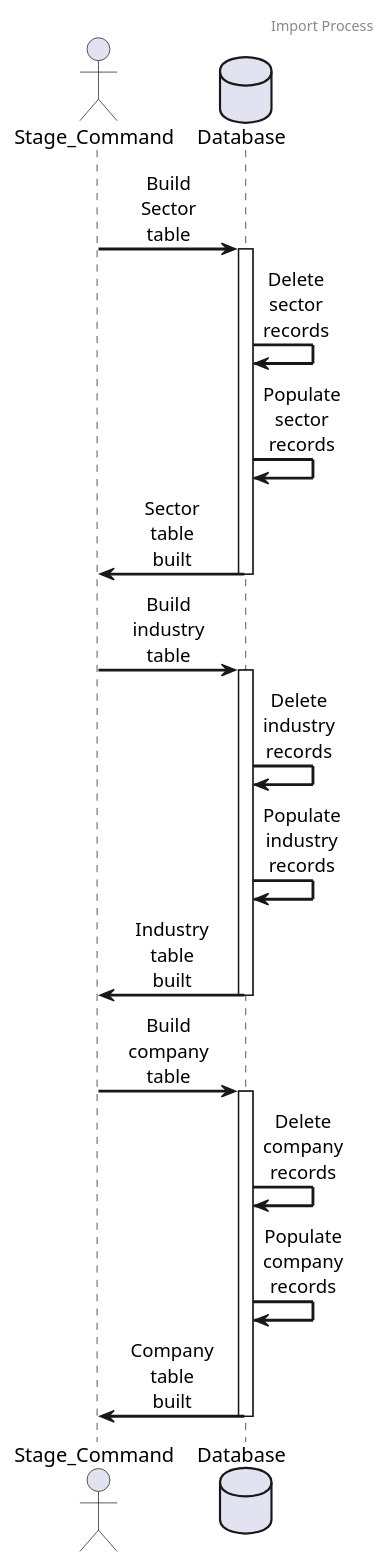
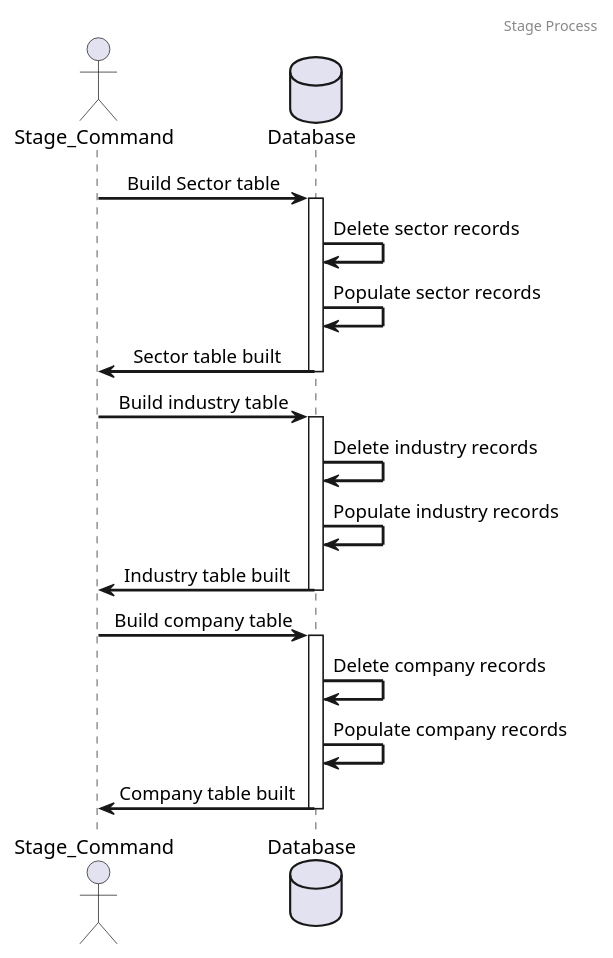
The diagram in docs/stage-process.puml (dooley-ch/stocks), drawn with PlantUML before and after one commit. The commit also changed 5 other files, not shown here.

Commit message:
Added publishing process diagram

```diff
--- a/docs/stage-process.puml
+++ b/docs/stage-process.puml
@@ -1,32 +1,32 @@
 @startuml
-header Import Process
+header Stage Process
 skinparam sequenceMessageAlign center
 skinparam sequenceArrowThickness 2
 skinparam roundcorner 20
-skinparam maxmessagesize 60
+skinparam maxmessagesize 400
 
 actor Stage_Command as cmd
 database Database as db
 
 cmd -> db: Build Sector table
 activate db
 db -> db: Delete sector records
 db -> db: Populate sector records
 cmd <- db: Sector table built
 deactivate db
 
 cmd -> db: Build industry table
 activate db
 db -> db: Delete industry records
 db -> db: Populate industry records
 cmd <- db: Industry table built
 deactivate db
 
 cmd -> db: Build company table
 activate db
 db -> db: Delete company records
 db -> db: Populate company records
 cmd <- db: Company table built
 deactivate db
 
 @enduml
```
